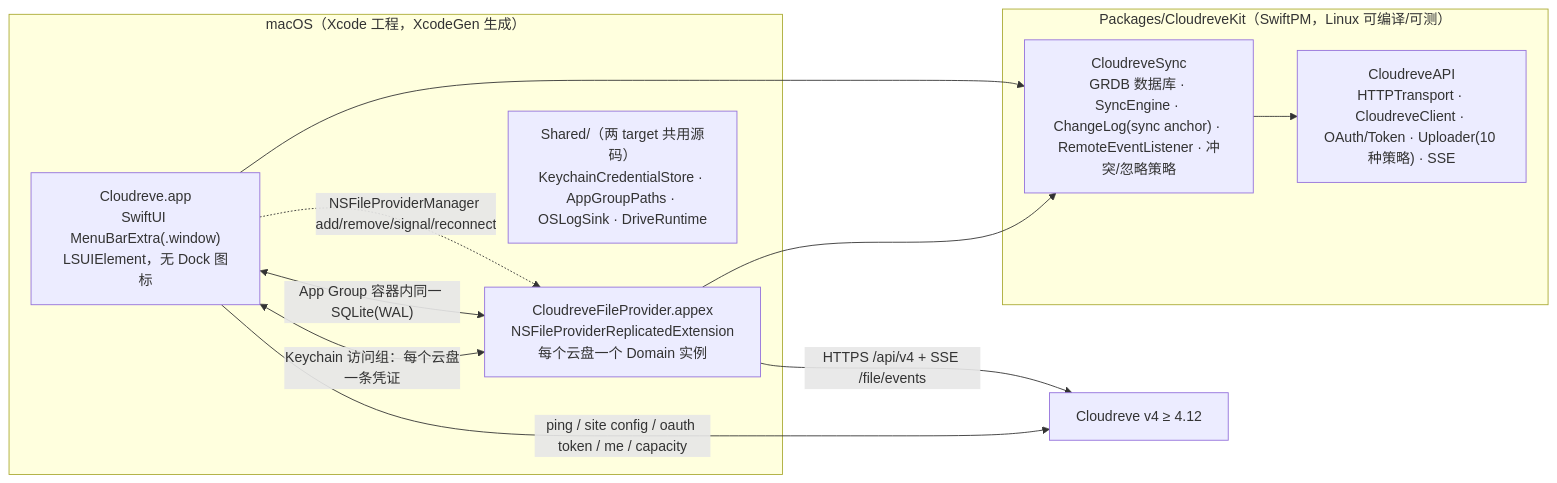
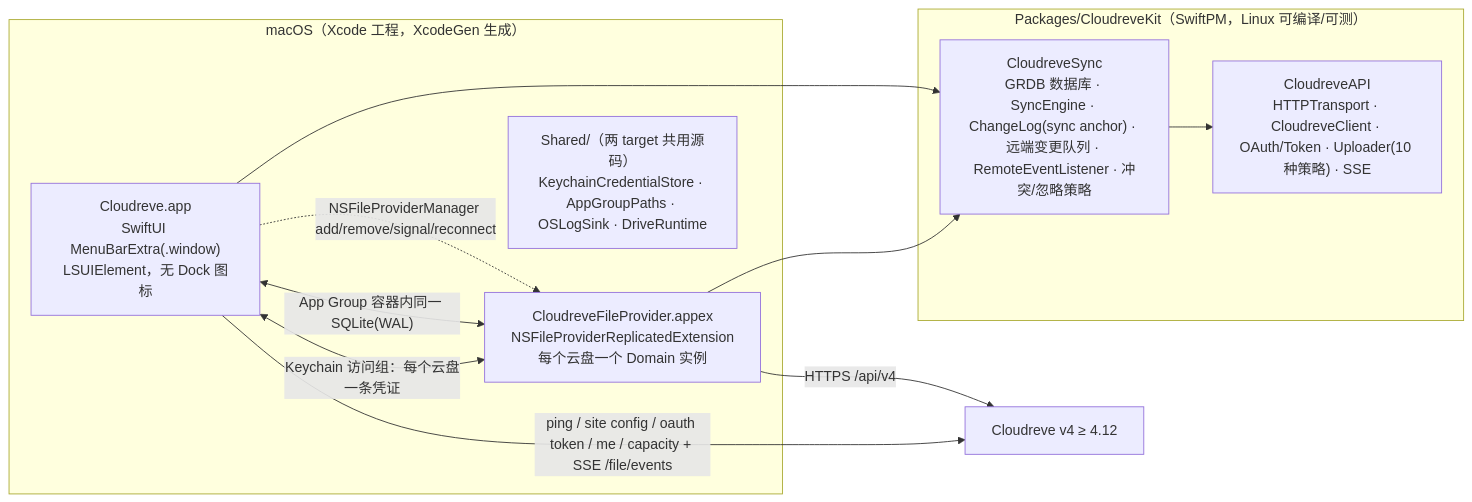
The diagram in README.md (Lynricsy/CloudreveMacOSClient), drawn with Mermaid before and after one commit. The commit also changed other lines of this file and 17 other files, not shown here.

First line of the commit message:
feat(sync): ✨ 远端变更由 App 落库排队、扩展在枚举请求内应用

````diff
--- a/README.md
+++ b/README.md
@@ -13,19 +13,19 @@
 ```mermaid
 flowchart LR
   subgraph Mac["macOS（Xcode 工程，XcodeGen 生成）"]
     App["Cloudreve.app<br/>SwiftUI MenuBarExtra(.window)<br/>LSUIElement，无 Dock 图标"]
     Ext["CloudreveFileProvider.appex<br/>NSFileProviderReplicatedExtension<br/>每个云盘一个 Domain 实例"]
     Shared["Shared/（两 target 共用源码）<br/>KeychainCredentialStore · AppGroupPaths · OSLogSink · DriveRuntime"]
   end
   subgraph Kit["Packages/CloudreveKit（SwiftPM，Linux 可编译/可测）"]
     API["CloudreveAPI<br/>HTTPTransport · CloudreveClient · OAuth/Token · Uploader(10 种策略) · SSE"]
-    Sync["CloudreveSync<br/>GRDB 数据库 · SyncEngine · ChangeLog(sync anchor) · RemoteEventListener · 冲突/忽略策略"]
+    Sync["CloudreveSync<br/>GRDB 数据库 · SyncEngine · ChangeLog(sync anchor) · 远端变更队列 · RemoteEventListener · 冲突/忽略策略"]
   end
   App --> Sync --> API
   Ext --> Sync
   App -. "NSFileProviderManager add/remove/signal/reconnect" .-> Ext
   App <-- "App Group 容器内同一 SQLite(WAL)" --> Ext
   App <-- "Keychain 访问组：每个云盘一条凭证" --> Ext
-  Ext -- "HTTPS /api/v4 + SSE /file/events" --> Server["Cloudreve v4 ≥ 4.12"]
-  App -- "ping / site config / oauth token / me / capacity" --> Server
+  Ext -- "HTTPS /api/v4" --> Server["Cloudreve v4 ≥ 4.12"]
+  App -- "ping / site config / oauth token / me / capacity + SSE /file/events" --> Server
 ```
````
